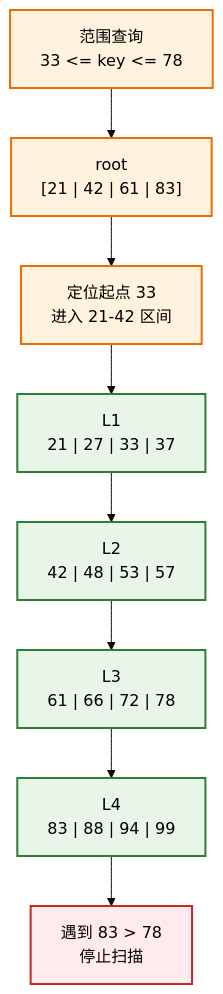
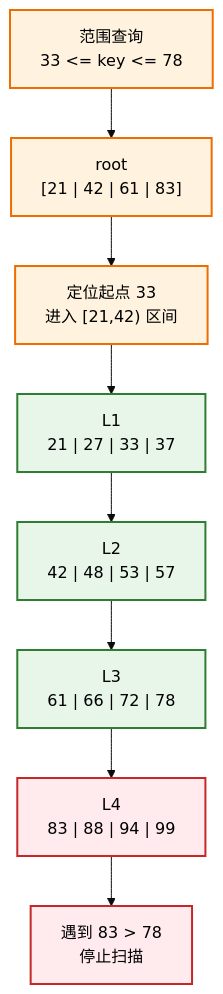
Before and after one commit to FormingSystem/linux_note: the sixth of 7 diagrams in knowledge/linux/data_structures/红黑树_rb-tree/P13_再扩展到_B_树与_B+_树.md, drawn with Mermaid (base theme). The commit also changed other lines of this file and 10 other files, not shown here.

````diff
--- a/knowledge/linux/data_structures/红黑树_rb-tree/P13_再扩展到_B_树与_B+_树.md
+++ b/knowledge/linux/data_structures/红黑树_rb-tree/P13_再扩展到_B_树与_B+_树.md
@@ -798,21 +260,21 @@
 ```mermaid
 flowchart TD
 	query["范围查询<br/>33 <= key <= 78"]
 	root["root<br/>[21 | 42 | 61 | 83]"]
-	locate["定位起点 33<br/>进入 21-42 区间"]
+	locate["定位起点 33<br/>进入 [21,42) 区间"]
 	L1["L1<br/>21 | 27 | 33 | 37"]
 	L2["L2<br/>42 | 48 | 53 | 57"]
 	L3["L3<br/>61 | 66 | 72 | 78"]
 	L4["L4<br/>83 | 88 | 94 | 99"]
 	stop["遇到 83 > 78<br/>停止扫描"]
 
 	query --> root --> locate --> L1 --> L2 --> L3 --> L4 --> stop
 
 	classDef scan fill:#e8f5e9,stroke:#2e7d32,color:#000,stroke-width:2px;
 	classDef root fill:#fff3e0,stroke:#ef6c00,color:#000,stroke-width:2px;
 	classDef stop fill:#ffebee,stroke:#c62828,color:#000,stroke-width:2px;
 
-	class L1,L2,L3,L4 scan;
+	class L1,L2,L3 scan;
 	class query,root,locate root;
-	class stop stop;
+	class L4,stop stop;
 ```
````
